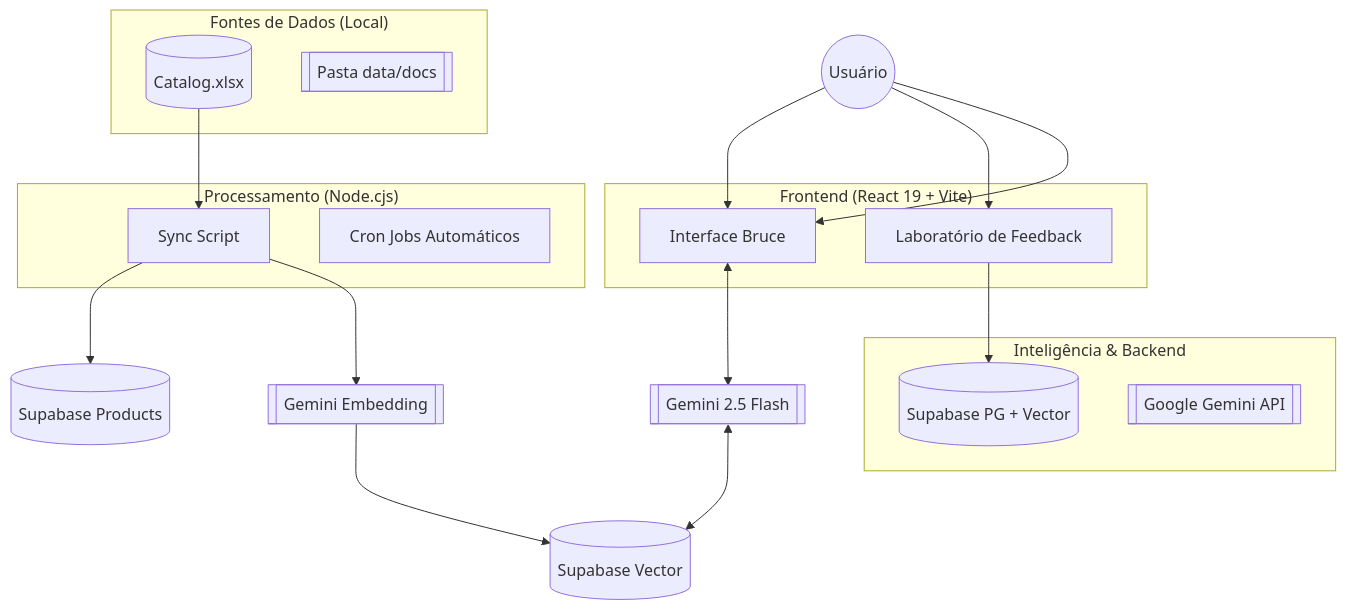
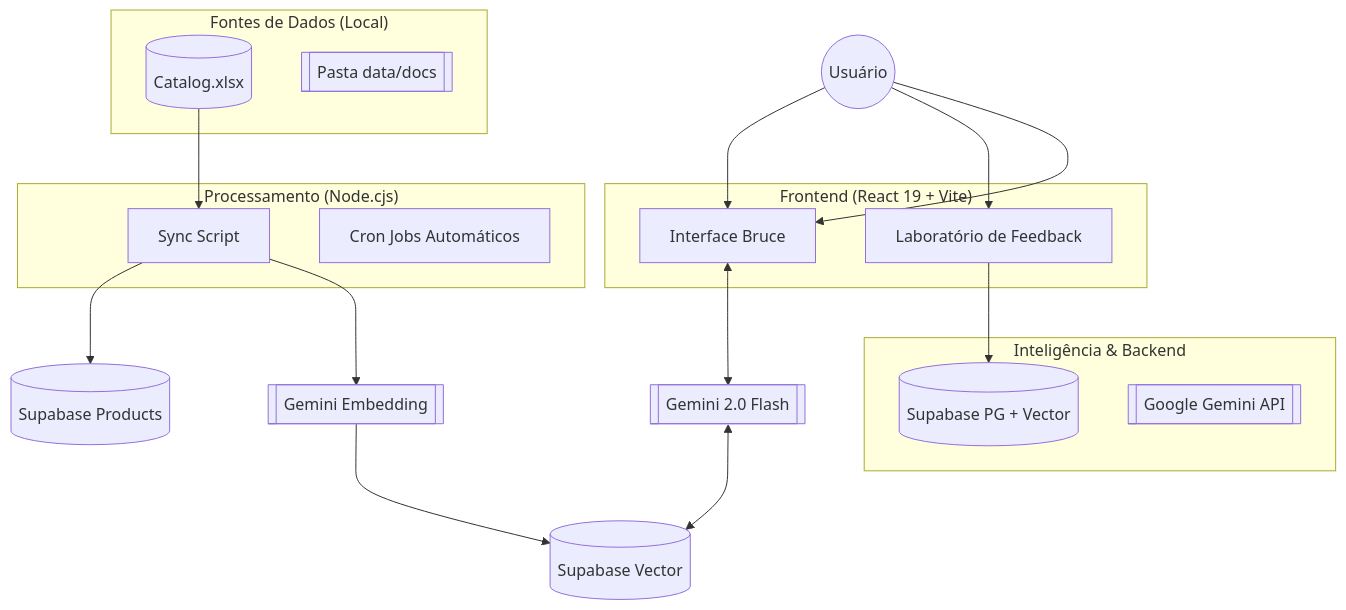
One commit to arthurmaranhaoo/trillia-platform changed the first of 2 diagrams in ARCHITECTURE.md. Above: the diagram before and after it, drawn with Mermaid. The commit also changed other lines of this file and 1 other file, not shown here.

Commit message:
upd: upgrade Gemini model to 2.0 Flash in proxy and docs

````diff
--- a/ARCHITECTURE.md
+++ b/ARCHITECTURE.md
@@ -8,37 +8,37 @@
 ```mermaid
 graph TD
     User((Usuário))
     
     subgraph "Frontend (React 19 + Vite)"
         UI[Interface Bruce Assistente]
         Form[Laboratório de Feedback]
     end
     
     subgraph "Fontes de Dados (Local)"
         Excel[(Catalog.xlsx)]
         DocsDir[[Pasta data/docs]]
     end
     
     subgraph "Processamento (Node.cjs)"
         Sync[Scripts de Sincronização]
         Cron[Cron Jobs Automáticos]
     end
     
     subgraph "Inteligência & Backend"
         Supa[(Supabase PG + Vector)]
         Gemini[[Google Gemini API]]
     end
 
     User --> UI
     User --> Form
     Form --> Supa
     
     Excel[(Catalog.xlsx)] --> Sync[Sync Script]
     Sync --> SupaRel[(Supabase Products)]
     Sync --> GeminiEmb[[Gemini Embedding]]
     GeminiEmb --> SupaVec[(Supabase Vector)]
     
     User --> UI[Interface Bruce]
-    UI <--> GeminiFlash[[Gemini 2.5 Flash]]
+    UI <--> GeminiFlash[[Gemini 2.0 Flash]]
     GeminiFlash <--> SupaVec
 ```
````
